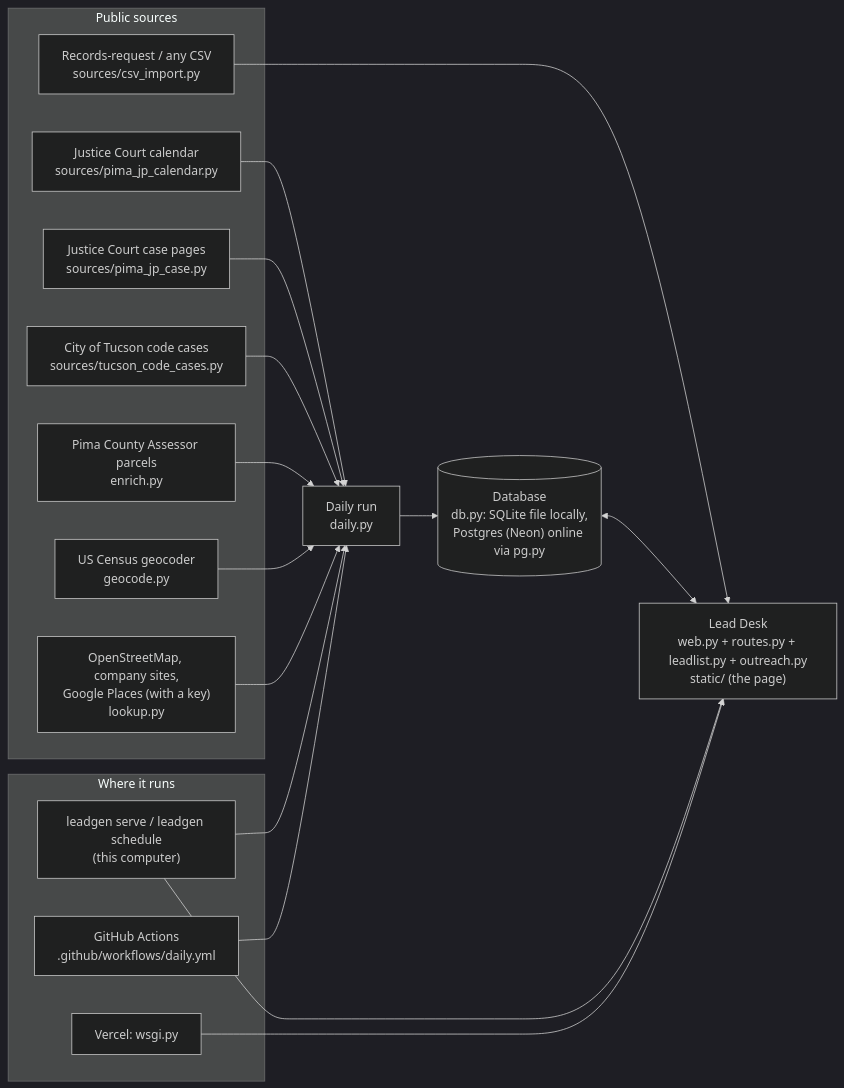
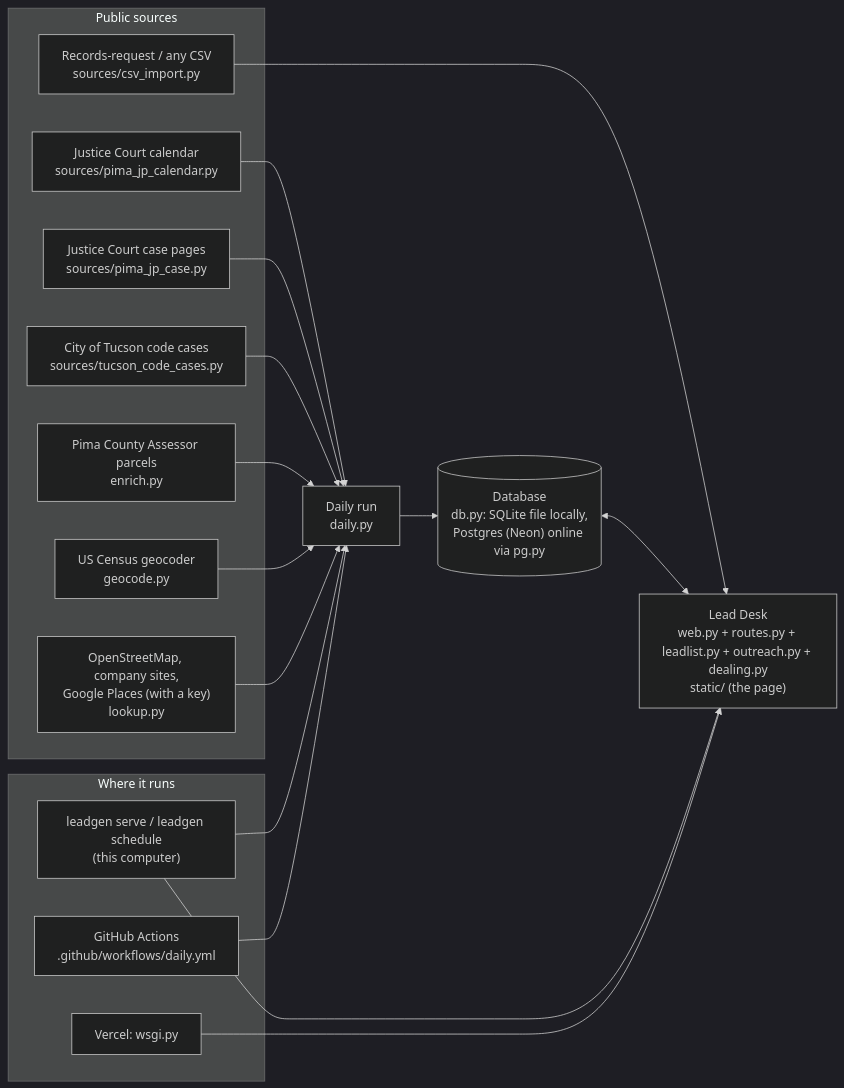
Before and after one commit to thomaswright03/Junk-Removal-Lead-Gen: the diagram in docs/ARCHITECTURE.md, drawn with Mermaid (dark theme). The commit also changed other lines of this file and 19 other files, not shown here.

````diff
--- a/docs/ARCHITECTURE.md
+++ b/docs/ARCHITECTURE.md
@@ -9,33 +9,33 @@
 ```mermaid
 flowchart LR
   subgraph Sources["Public sources"]
     CAL["Justice Court calendar<br/>sources/pima_jp_calendar.py"]
     CASE["Justice Court case pages<br/>sources/pima_jp_case.py"]
     CODE["City of Tucson code cases<br/>sources/tucson_code_cases.py"]
     CSV["Records-request / any CSV<br/>sources/csv_import.py"]
     ASR["Pima County Assessor parcels<br/>enrich.py"]
     GEO["US Census geocoder<br/>geocode.py"]
     LOOK["OpenStreetMap, company sites,<br/>Google Places (with a key)<br/>lookup.py"]
   end
   DAILY["Daily run<br/>daily.py"]
   DB[("Database<br/>db.py: SQLite file locally,<br/>Postgres (Neon) online via pg.py")]
-  DESK["Lead Desk<br/>web.py + routes.py + leadlist.py + outreach.py<br/>static/ (the page)"]
+  DESK["Lead Desk<br/>web.py + routes.py + leadlist.py + outreach.py + dealing.py<br/>static/ (the page)"]
   subgraph Run["Where it runs"]
     LOCAL["leadgen serve / leadgen schedule<br/>(this computer)"]
     VERCEL["Vercel: wsgi.py"]
     GHA["GitHub Actions<br/>.github/workflows/daily.yml"]
   end
   CAL --> DAILY
   CASE --> DAILY
   CODE --> DAILY
   ASR --> DAILY
   GEO --> DAILY
   LOOK --> DAILY
   CSV --> DESK
   DAILY --> DB
   DB <--> DESK
   LOCAL --> DAILY
   LOCAL --> DESK
   GHA --> DAILY
   VERCEL --> DESK
 ```
````
